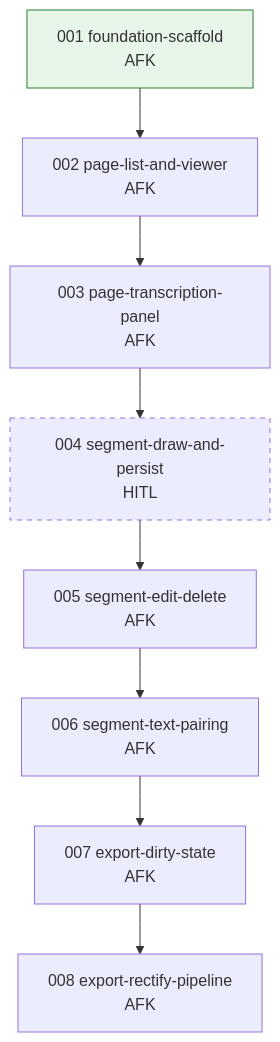
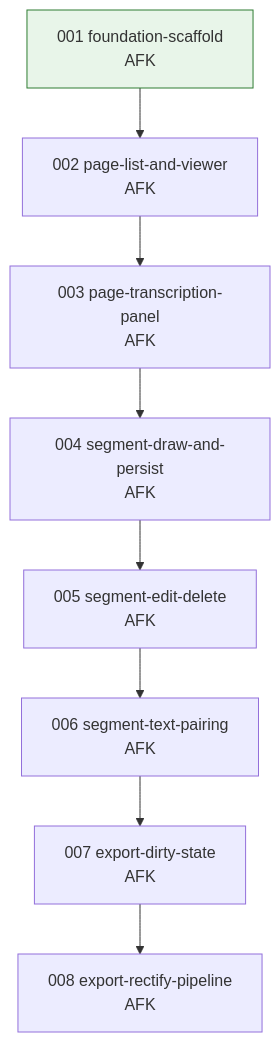
One commit to kkkamur07/greekOCR changed the diagram in annote/issues/dag.md. Above: the diagram before and after it, drawn with Mermaid. The commit also changed other lines of this file and 86 other files, not shown here.

````diff
--- a/annote/issues/dag.md
+++ b/annote/issues/dag.md
@@ -54,24 +54,22 @@
 ```mermaid
 flowchart TD
   001["001 foundation-scaffold<br/>AFK"]
   002["002 page-list-and-viewer<br/>AFK"]
   003["003 page-transcription-panel<br/>AFK"]
-  004["004 segment-draw-and-persist<br/>HITL"]
+  004["004 segment-draw-and-persist<br/>AFK"]
   005["005 segment-edit-delete<br/>AFK"]
   006["006 segment-text-pairing<br/>AFK"]
   007["007 export-dirty-state<br/>AFK"]
   008["008 export-rectify-pipeline<br/>AFK"]
 
   001 --> 002
   002 --> 003
   003 --> 004
   004 --> 005
   005 --> 006
   006 --> 007
   007 --> 008
 
-  classDef hitl stroke-dasharray: 5 5
   classDef ready fill:#e8f5e9,stroke:#2e7d32
   class 001 ready
-  class 004 hitl
 ```
````
